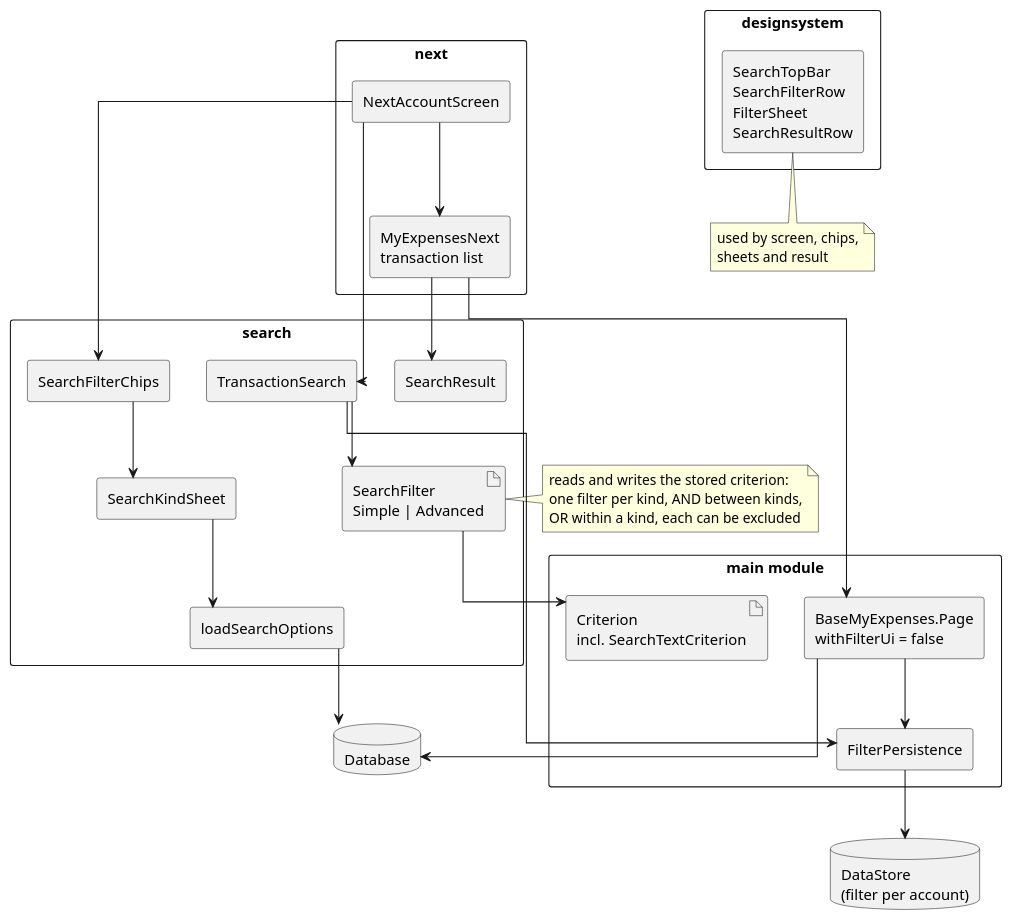
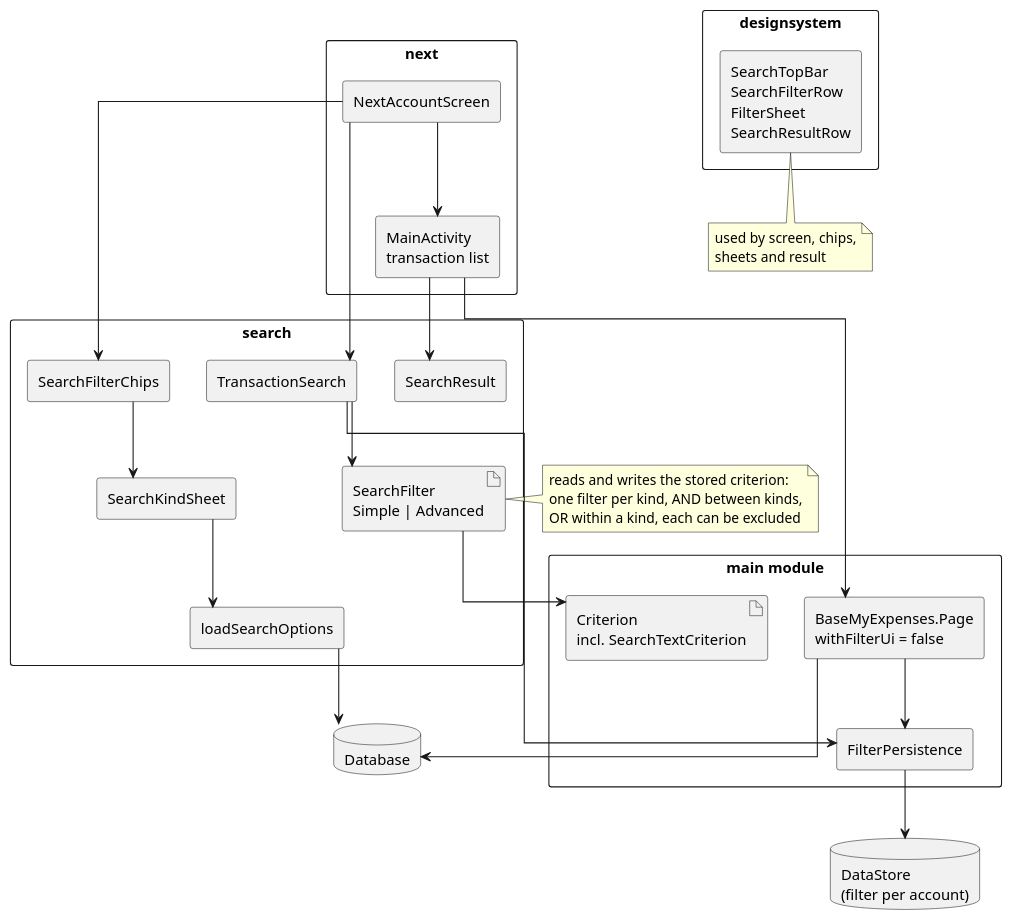
One commit to castn/MyExpenses changed the diagram in ui_next/src/main/java/org/totschnig/myexpenses/next/search/search.puml. Above: the diagram before and after it, drawn with PlantUML. The commit also changed 7 other files, not shown here.

First line of the commit message:
Rename MyExpensesNext to MainActivity

```diff
--- a/ui_next/src/main/java/org/totschnig/myexpenses/next/search/search.puml
+++ b/ui_next/src/main/java/org/totschnig/myexpenses/next/search/search.puml
@@ -1,64 +1,64 @@
 @startuml search
 ' How the search of the transactions of an account works, see README.md in this package.
 
 skinparam componentStyle rectangle
 skinparam packageStyle rectangle
 skinparam shadowing false
 skinparam defaultFontName sans-serif
 skinparam linetype ortho
 top to bottom direction
 
 database "DataStore\n(filter per account)" as ds
 database "Database" as db
 
 package "next" {
   [NextAccountScreen] as screen
-  [MyExpensesNext\ntransaction list] as list
+  [MainActivity\ntransaction list] as list
 }
 
 package "search" {
   [TransactionSearch] as state
   [SearchFilterChips] as chips
   [SearchKindSheet] as sheets
   [SearchResult] as result
   artifact "SearchFilter\nSimple | Advanced" as model
   [loadSearchOptions] as options
 }
 
 package "main module" {
   [FilterPersistence] as persistence
   artifact "Criterion\nincl. SearchTextCriterion" as criterion
   [BaseMyExpenses.Page\nwithFilterUi = false] as page
 }
 
 package "designsystem" {
   [SearchTopBar\nSearchFilterRow\nFilterSheet\nSearchResultRow] as ds_search
 }
 
 screen --> state
 screen --> chips
 screen --> list
 chips --> sheets
 sheets --> options
 options --> db
 list --> page
 list --> result
 state --> model
 model --> criterion
 state --> persistence
 persistence --> ds
 page --> persistence
 page --> db
 
 note right of model
   reads and writes the stored criterion:
   one filter per kind, AND between kinds,
   OR within a kind, each can be excluded
 end note
 
 note bottom of ds_search
   used by screen, chips,
   sheets and result
 end note
 
 @enduml
```
